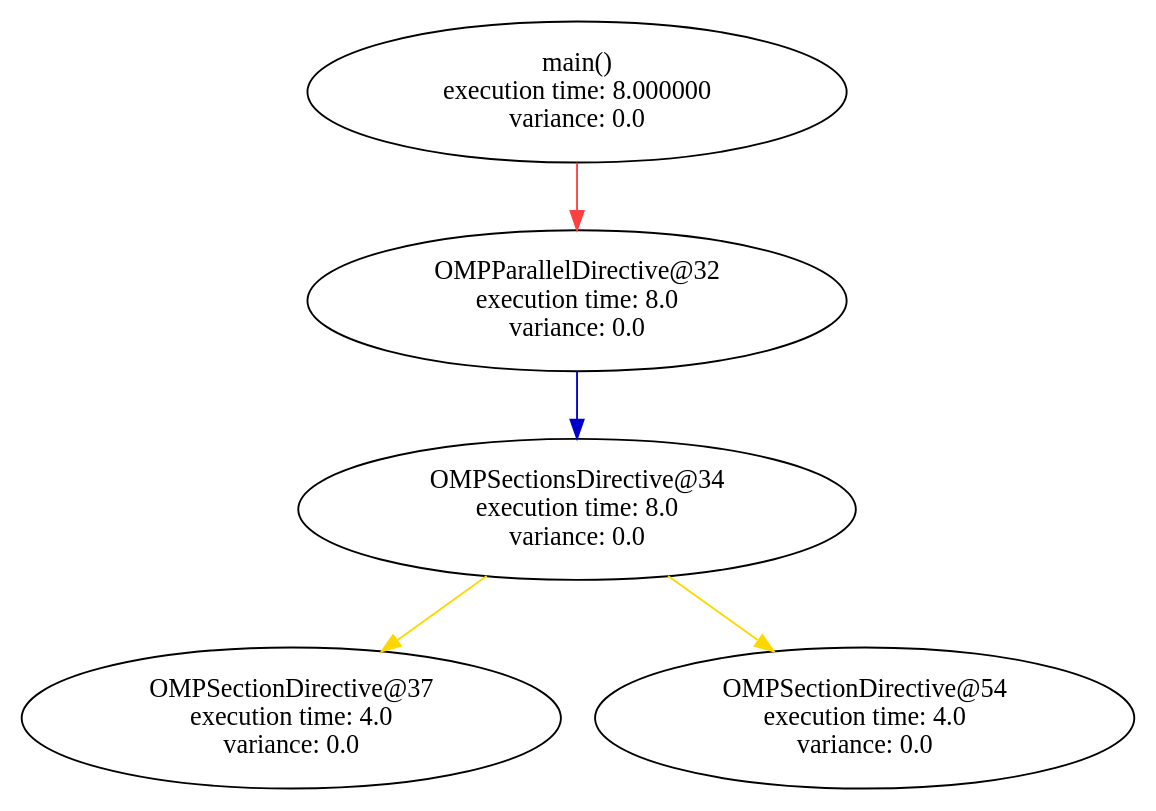
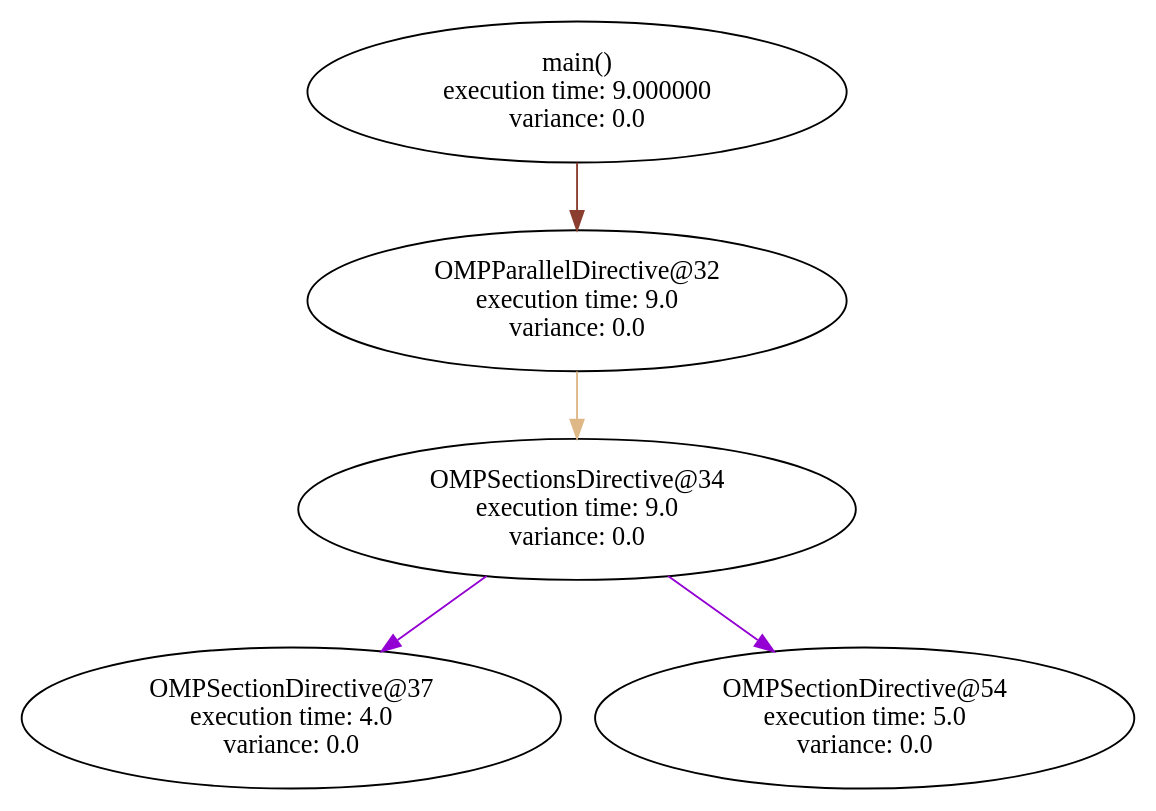
One commit to filippobrizzi/soma changed the diagram in graph_sched/graphs/main_code.dot. Above: the diagram before and after it, drawn with Graphviz. The commit also changed 12 other files, not shown here.

```diff
--- a/graph_sched/graphs/main_code.dot
+++ b/graph_sched/graphs/main_code.dot
@@ -1,32 +1,32 @@
 digraph G {
 	graph [bb="0,0,500,412"];
 	node [label="\N"];
 	main	 [height=1.041,
-		label="main()\n execution time: 8.000000\nvariance: 0.0",
+		label="main()\n execution time: 9.000000\nvariance: 0.0",
 		pos="250,374",
 		width=3.2888];
 	"OMPParallelDirective@32"	 [height=1.041,
-		label="OMPParallelDirective@32\n execution time: 8.0\nvariance: 0.0",
+		label="OMPParallelDirective@32\n execution time: 9.0\nvariance: 0.0",
 		pos="250,262",
 		width=3.346];
-	main -> "OMPParallelDirective@32"	 [color=brown1,
+	main -> "OMPParallelDirective@32"	 [color=coral4,
 		pos="e,250,299.84 250,336.37 250,327.93 250,318.83 250,310.01"];
 	"OMPSectionsDirective@34"	 [height=1.041,
-		label="OMPSectionsDirective@34\n execution time: 8.0\nvariance: 0.0",
+		label="OMPSectionsDirective@34\n execution time: 9.0\nvariance: 0.0",
 		pos="250,150",
 		width=3.4507];
-	"OMPParallelDirective@32" -> "OMPSectionsDirective@34"	 [color=blue3,
+	"OMPParallelDirective@32" -> "OMPSectionsDirective@34"	 [color=burlywood,
 		pos="e,250,187.84 250,224.37 250,215.93 250,206.83 250,198.01"];
 	"OMPSectionDirective@37"	 [height=1.041,
 		label="OMPSectionDirective@37\n execution time: 4.0\nvariance: 0.0",
 		pos="120,38",
 		width=3.346];
-	"OMPSectionsDirective@34" -> "OMPSectionDirective@37"	 [color=gold1,
+	"OMPSectionsDirective@34" -> "OMPSectionDirective@37"	 [color=darkviolet,
 		pos="e,160.63,73.38 209.22,114.5 196.28,103.54 181.83,91.32 168.4,79.956"];
 	"OMPSectionDirective@54"	 [height=1.041,
-		label="OMPSectionDirective@54\n execution time: 4.0\nvariance: 0.0",
+		label="OMPSectionDirective@54\n execution time: 5.0\nvariance: 0.0",
 		pos="380,38",
 		width=3.346];
-	"OMPSectionsDirective@34" -> "OMPSectionDirective@54"	 [color=gold1,
+	"OMPSectionsDirective@34" -> "OMPSectionDirective@54"	 [color=darkviolet,
 		pos="e,339.37,73.38 290.78,114.5 303.72,103.54 318.17,91.32 331.6,79.956"];
 }
```
